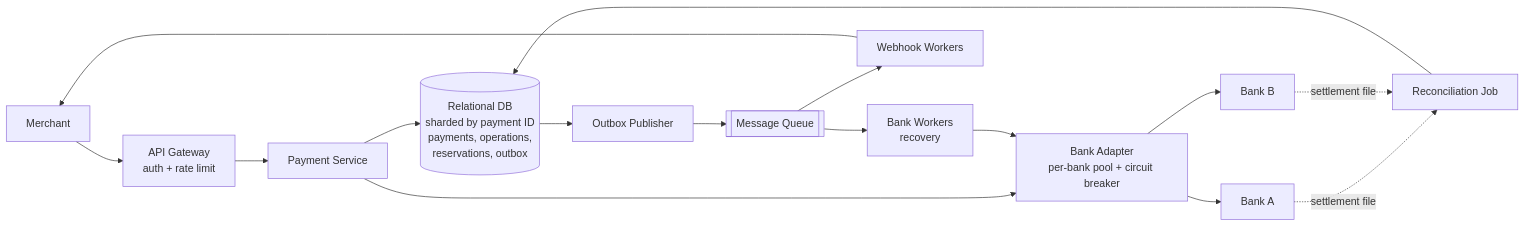
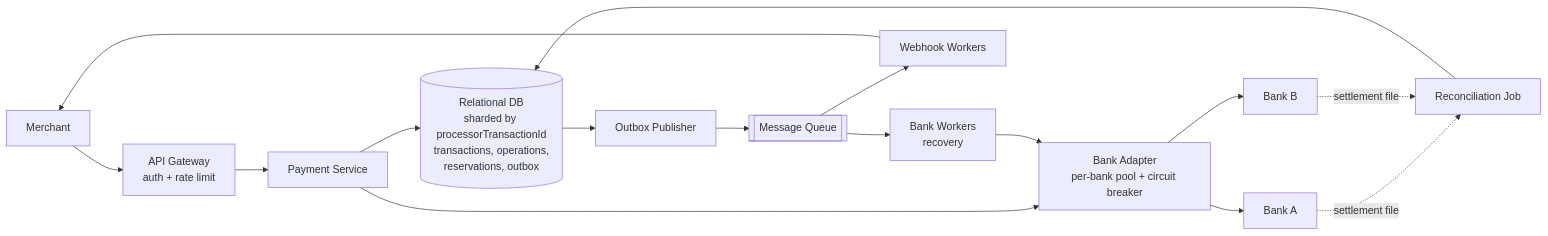
The second of 4 diagrams in system-design-prep.md (lingyun3730/future), drawn with Mermaid before and after one commit. The commit also changed other lines of this file, not shown here.

Commit message:
Redesign payment API: authorization, capture, refund with processorTransactionId

````diff
--- a/system-design-prep.md
+++ b/system-design-prep.md
@@ -460,18 +698,18 @@
 ```mermaid
 flowchart LR
     M[Merchant] --> GW[API Gateway<br/>auth + rate limit]
     GW --> PS[Payment Service]
-    PS --> DB[(Relational DB<br/>sharded by payment ID<br/>payments, operations,<br/>reservations, outbox)]
+    PS --> DB[(Relational DB<br/>sharded by processorTransactionId<br/>transactions, operations,<br/>reservations, outbox)]
     DB --> PUB[Outbox Publisher]
     PUB --> Q[[Message Queue]]
     Q --> BW[Bank Workers<br/>recovery]
     Q --> WW[Webhook Workers]
     PS --> BA[Bank Adapter<br/>per-bank pool + circuit breaker]
     BW --> BA
     BA --> B1[Bank A]
     BA --> B2[Bank B]
     WW --> M
     REC[Reconciliation Job] --> DB
     B1 -.settlement file.-> REC
     B2 -.settlement file.-> REC
 ```
````
